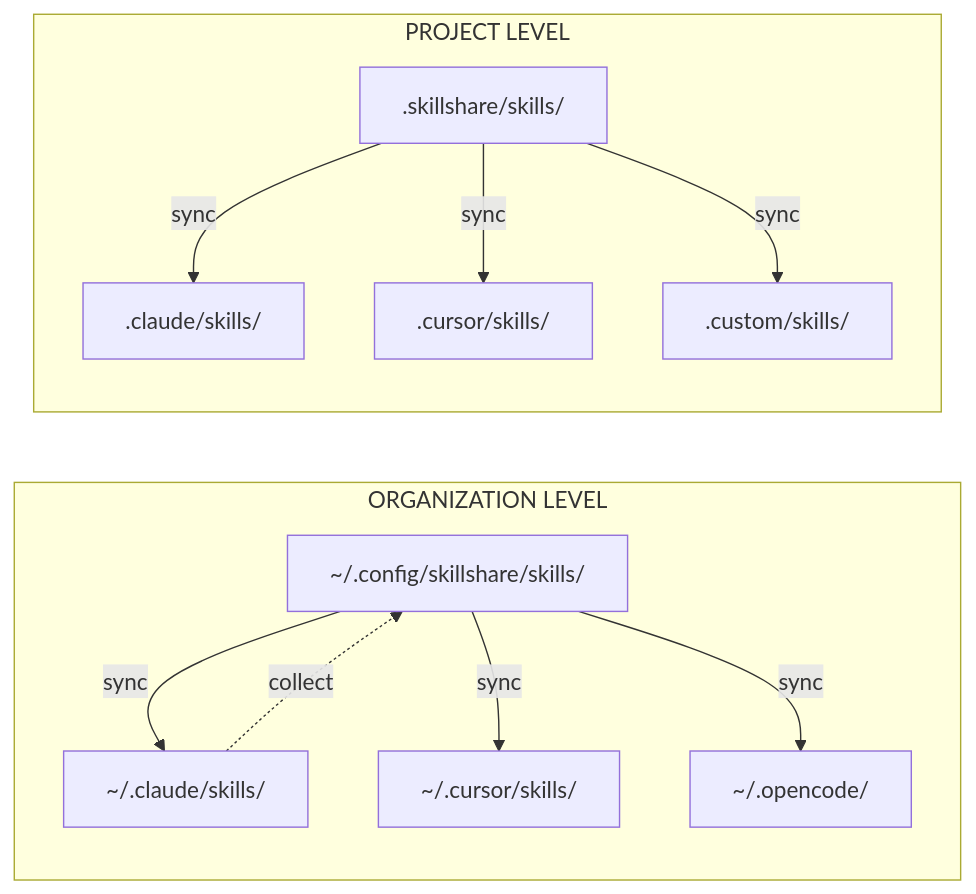
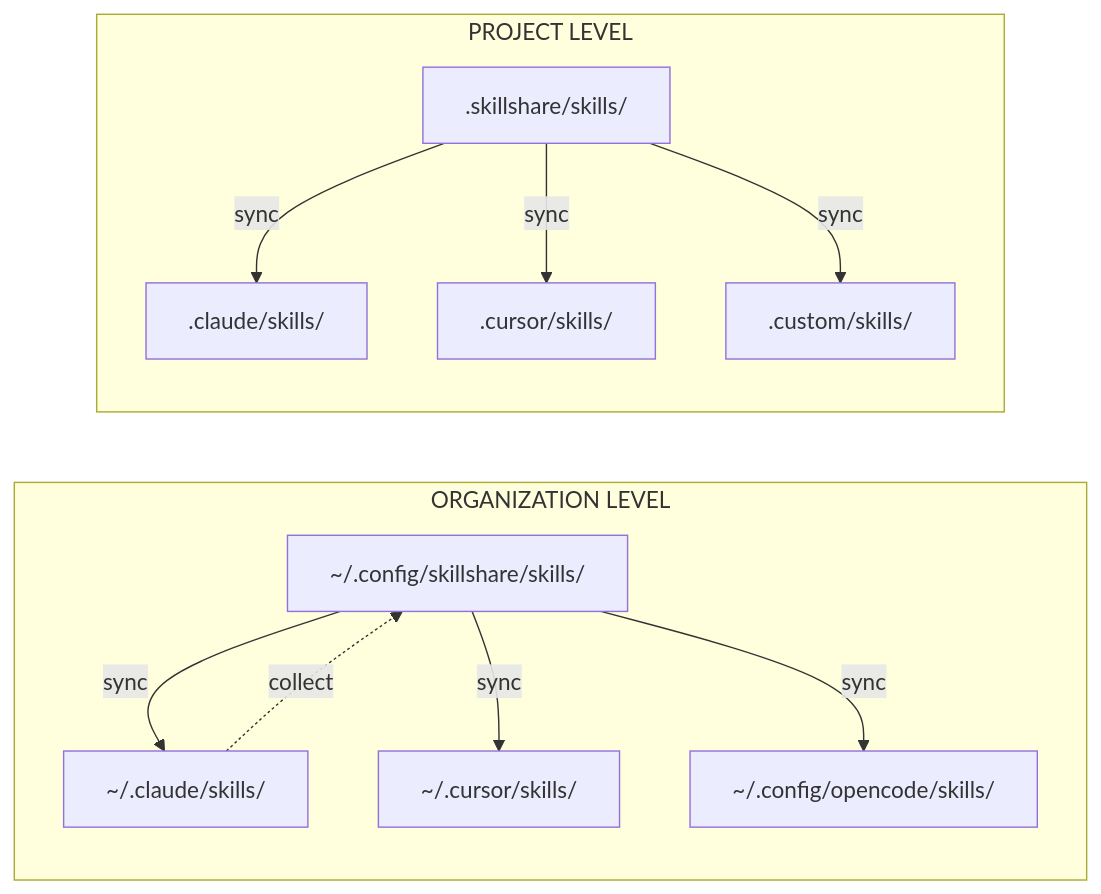
One commit to runkids/skillshare changed the diagram in website/docs/understand/index.md. Above: the diagram before and after it, drawn with Mermaid. The commit also changed other lines of this file and 16 other files, not shown here.

````diff
--- a/website/docs/understand/index.md
+++ b/website/docs/understand/index.md
@@ -21,17 +21,17 @@
 ```mermaid
 flowchart LR
     subgraph ORG["ORGANIZATION LEVEL"]
         ORG_SRC["~/.config/skillshare/skills/"]
         ORG_SRC -- sync --> ORG_T1["~/.claude/skills/"]
         ORG_SRC -- sync --> ORG_T2["~/.cursor/skills/"]
-        ORG_SRC -- sync --> ORG_T3["~/.opencode/"]
+        ORG_SRC -- sync --> ORG_T3["~/.config/opencode/skills/"]
         ORG_T1 -. collect .-> ORG_SRC
     end
 
     subgraph PROJ["PROJECT LEVEL"]
         PROJ_SRC[".skillshare/skills/"]
         PROJ_SRC -- sync --> PROJ_T1[".claude/skills/"]
         PROJ_SRC -- sync --> PROJ_T2[".cursor/skills/"]
         PROJ_SRC -- sync --> PROJ_T3[".custom/skills/"]
     end
 ```
````
